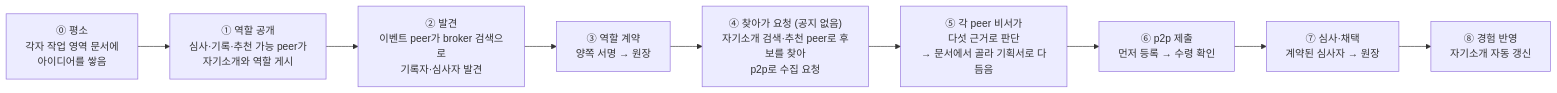
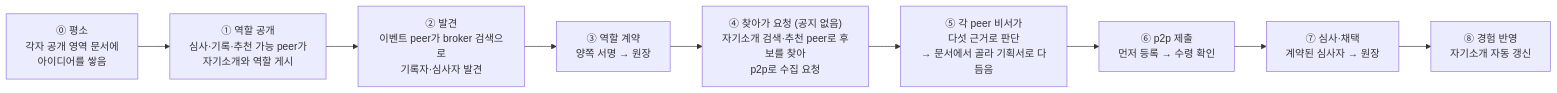
One commit to tanminkwan/share-ur-tokens changed the second of 2 diagrams in docs/hackathon-proposal.md. Above: the diagram before and after it, drawn with Mermaid. The commit also changed other lines of this file and 8 other files, not shown here.

````diff
--- a/docs/hackathon-proposal.md
+++ b/docs/hackathon-proposal.md
@@ -192,11 +192,11 @@
 ```mermaid
 flowchart LR
-    A0["⓪ 평소<br/>각자 작업 영역 문서에<br/>아이디어를 쌓음"] --> S["① 역할 공개<br/>심사·기록·추천 가능 peer가<br/>자기소개와 역할 게시"]
+    A0["⓪ 평소<br/>각자 공개 영역 문서에<br/>아이디어를 쌓음"] --> S["① 역할 공개<br/>심사·기록·추천 가능 peer가<br/>자기소개와 역할 게시"]
     S --> F["② 발견<br/>이벤트 peer가 broker 검색으로<br/>기록자·심사자 발견"]
     F --> K["③ 역할 계약<br/>양쪽 서명 → 원장"]
     K --> C["④ 찾아가 요청 (공지 없음)<br/>자기소개 검색·추천 peer로 후보를 찾아<br/>p2p로 수집 요청"]
     C --> J["⑤ 각 peer 비서가<br/>다섯 근거로 판단<br/>→ 문서에서 골라 기획서로 다듬음"]
     J --> P["⑥ p2p 제출<br/>먼저 등록 → 수령 확인"]
     P --> V["⑦ 심사·채택<br/>계약된 심사자 → 원장"]
     V --> U["⑧ 경험 반영<br/>자기소개 자동 갱신"]
 ```
````
